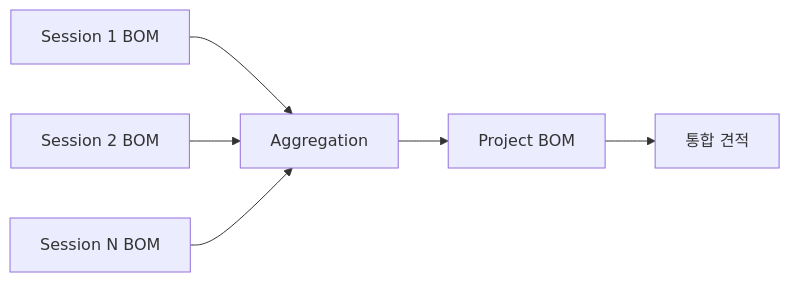
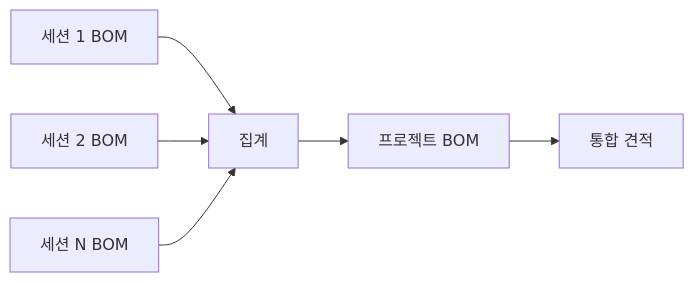
The third of 3 diagrams in docs-site/docs/batch-delivery/project-management.md (uprootai/AX_OCR), drawn with Mermaid before and after one commit. The commit also changed other lines of this file and 64 other files, not shown here.

````diff
--- a/docs-site/docs/batch-delivery/project-management.md
+++ b/docs-site/docs/batch-delivery/project-management.md
@@ -105,8 +105,8 @@
 ```mermaid
 flowchart LR
-    S1["Session 1 BOM"] --> AGG["Aggregation"]
-    S2["Session 2 BOM"] --> AGG
-    S3["Session N BOM"] --> AGG
-    AGG --> MERGED["Project BOM"]
+    S1["세션 1 BOM"] --> AGG["집계"]
+    S2["세션 2 BOM"] --> AGG
+    S3["세션 N BOM"] --> AGG
+    AGG --> MERGED["프로젝트 BOM"]
     MERGED --> QUOTE["통합 견적"]
 ```
````
